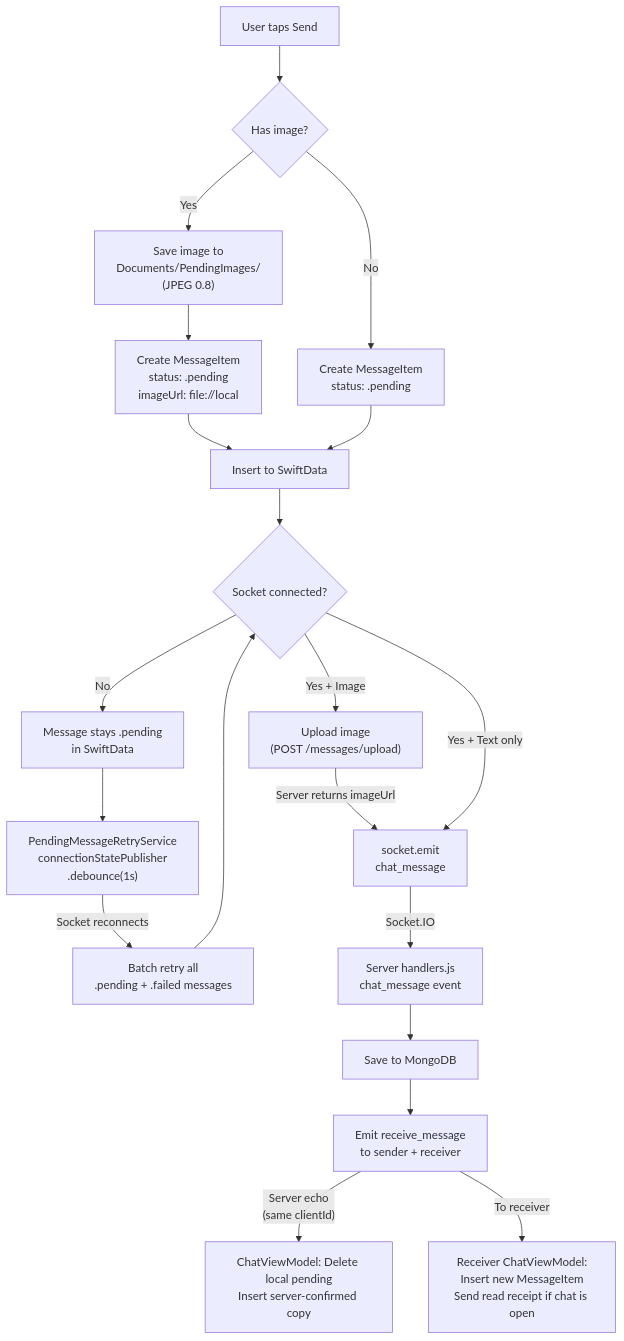
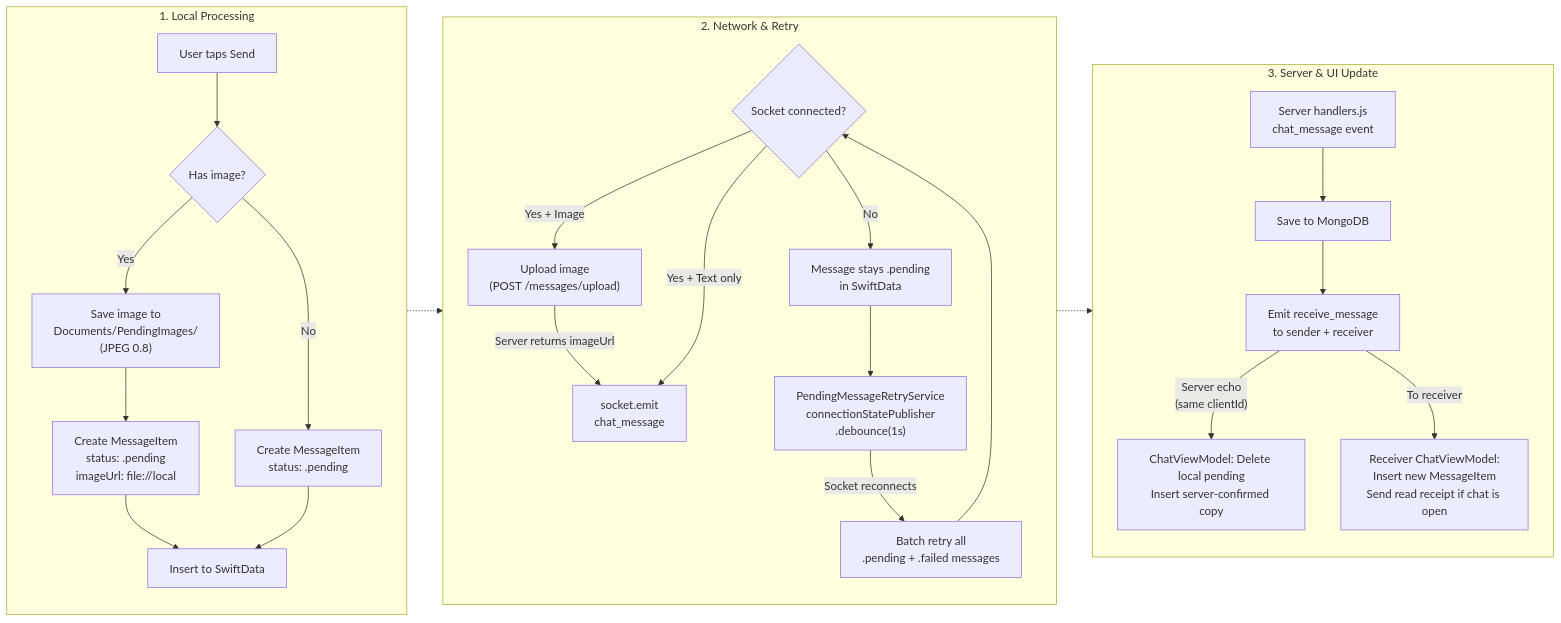
Before and after one commit to denizyakar/SoniApp: the third of 6 diagrams in README.md, drawn with Mermaid. The commit also changed other lines of this file, not shown here.

````diff
--- a/README.md
+++ b/README.md
@@ -168,30 +168,35 @@
 ```mermaid
-flowchart TD
-    A["User taps Send"] --> B{"Has image?"}
+flowchart LR
+    subgraph Local [1. Local Processing]
+        direction TB
+        A["User taps Send"] --> B{"Has image?"}
+        B -->|"Yes"| C["Save image to<br>Documents/PendingImages/<br>(JPEG 0.8)"]
+        C --> D["Create MessageItem<br>status: .pending<br>imageUrl: file://local"]
+        B -->|"No"| D2["Create MessageItem<br>status: .pending"]
+        D --> E["Insert to SwiftData"]
+        D2 --> E
+    end
 
-    B -->|"Yes"| C["Save image to<br>Documents/PendingImages/<br>(JPEG 0.8)"]
-    C --> D["Create MessageItem<br>status: .pending<br>imageUrl: file://local"]
-    B -->|"No"| D2["Create MessageItem<br>status: .pending"]
+    subgraph Network [2. Network & Retry]
+        direction TB
+        F{"Socket connected?"}
+        F -->|"Yes + Image"| G["Upload image<br>(POST /messages/upload)"]
+        G -->|"Server returns imageUrl"| H["socket.emit<br>chat_message"]
+        F -->|"Yes + Text only"| H
+        F -->|"No"| I["Message stays .pending<br>in SwiftData"]
+        I --> J["PendingMessageRetryService<br>connectionStatePublisher<br>.debounce(1s)"]
+        J -->|"Socket reconnects"| K["Batch retry all<br>.pending + .failed messages"]
+        K --> F
+    end
 
-    D --> E["Insert to SwiftData"]
-    D2 --> E
+    subgraph Server [3. Server & UI Update]
+        direction TB
+        L["Server handlers.js<br>chat_message event"] --> M["Save to MongoDB"]
+        M --> N["Emit receive_message<br>to sender + receiver"]
+        N -->|"Server echo<br>(same clientId)"| O["ChatViewModel: Delete local pending<br>Insert server-confirmed copy"]
+        N -->|"To receiver"| P["Receiver ChatViewModel:<br>Insert new MessageItem<br>Send read receipt if chat is open"]
+    end
 
-    E --> F{"Socket connected?"}
-
-    F -->|"Yes + Image"| G["Upload image<br>(POST /messages/upload)"]
-    G -->|"Server returns imageUrl"| H["socket.emit<br>chat_message"]
-
-    F -->|"Yes + Text only"| H
-
-    F -->|"No"| I["Message stays .pending<br>in SwiftData"]
-    I --> J["PendingMessageRetryService<br>connectionStatePublisher<br>.debounce(1s)"]
-    J -->|"Socket reconnects"| K["Batch retry all<br>.pending + .failed messages"]
-    K --> F
-
-    H -->|"Socket.IO"| L["Server handlers.js<br>chat_message event"]
-    L --> M["Save to MongoDB"]
-    M --> N["Emit receive_message<br>to sender + receiver"]
-
-    N -->|"Server echo<br>(same clientId)"| O["ChatViewModel: Delete local pending<br>Insert server-confirmed copy"]
-    N -->|"To receiver"| P["Receiver ChatViewModel:<br>Insert new MessageItem<br>Send read receipt if chat is open"]
+    E -.-> F
+    H -.-> L
 ```
````
